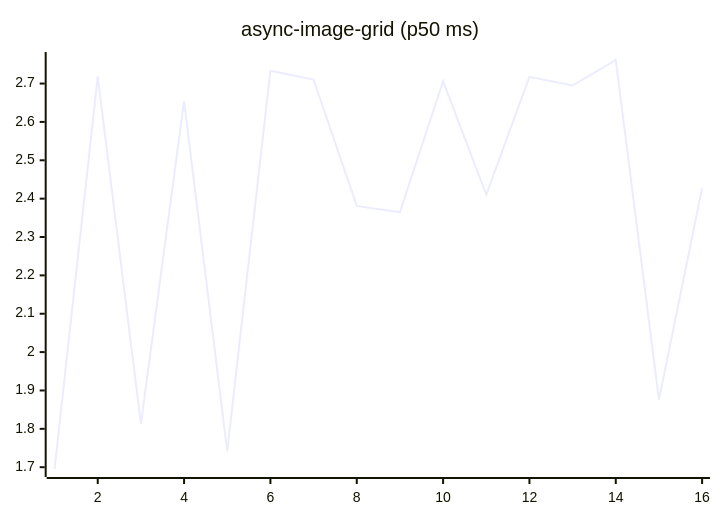
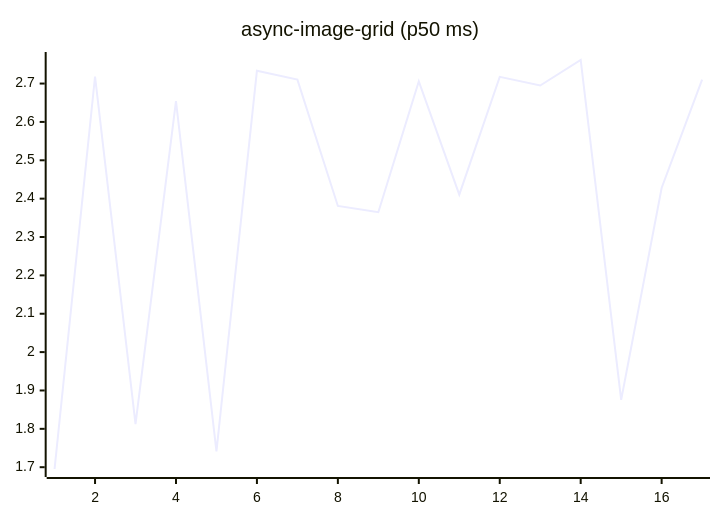
The fifth of 27 diagrams in README.md (josha/Facet), drawn with Mermaid before and after one commit. The commit also changed other lines of this file and 2 other files, not shown here.

````diff
--- a/README.md
+++ b/README.md
@@ -91,6 +91,6 @@
 ```mermaid
 xychart-beta
     title "async-image-grid (p50 ms)"
-    x-axis 1 --> 16
-    line [1.6953, 2.7184, 1.8124, 2.6543, 1.7415, 2.7336, 2.7103, 2.3810, 2.3646, 2.7059, 2.4103, 2.7175, 2.6949, 2.7614, 1.8756, 2.4277]
+    x-axis 1 --> 17
+    line [1.6953, 2.7184, 1.8124, 2.6543, 1.7415, 2.7336, 2.7103, 2.3810, 2.3646, 2.7059, 2.4103, 2.7175, 2.6949, 2.7614, 1.8756, 2.4277, 2.7103]
 ```
````
